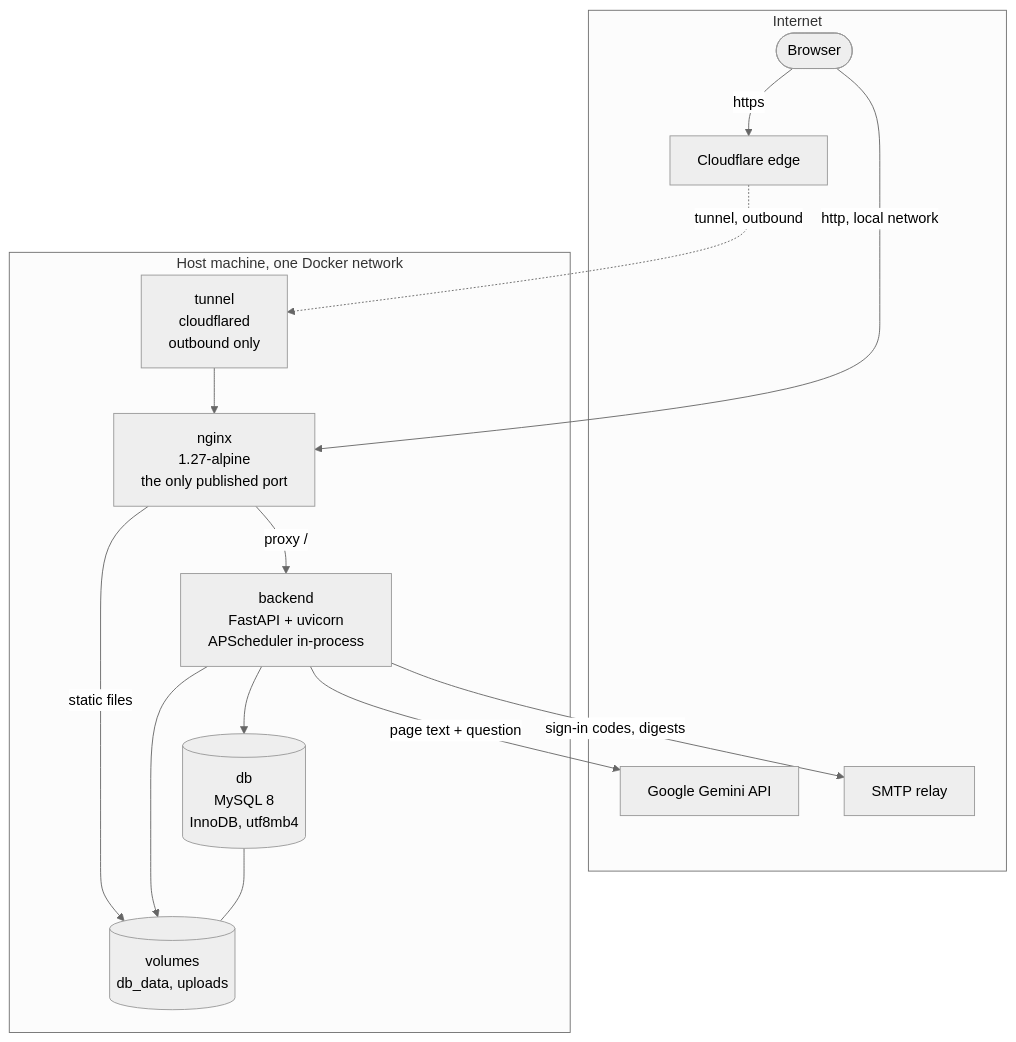
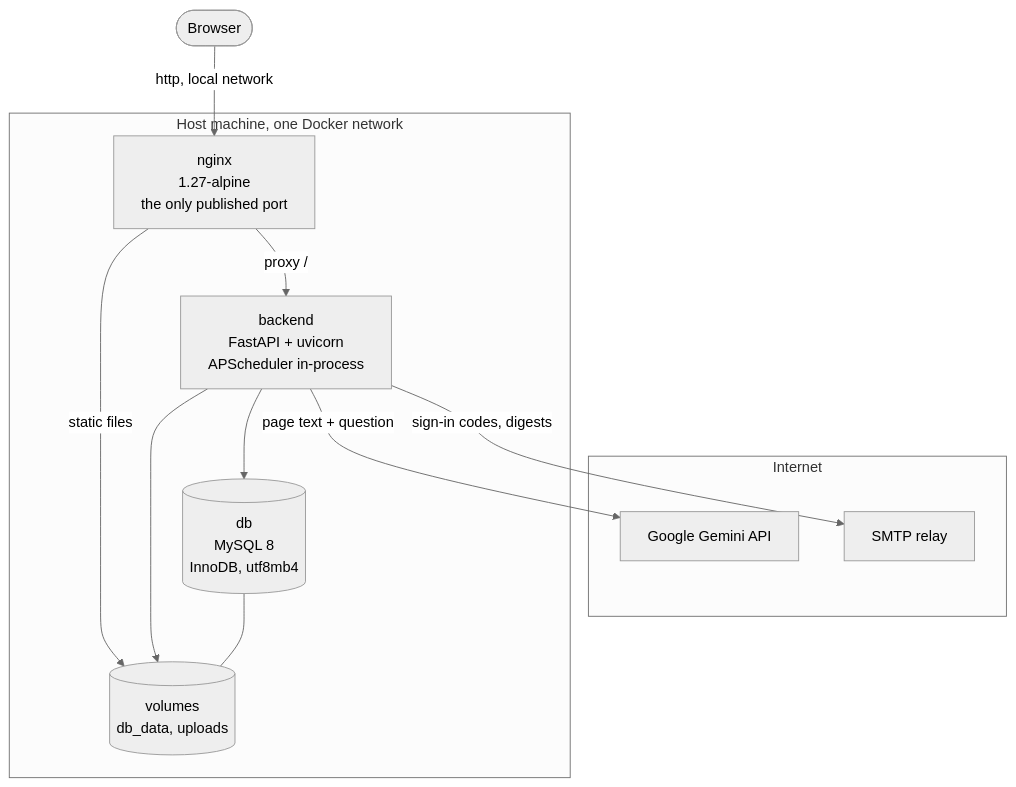
The second of 9 diagrams in docs/system-analysis-and-design.md (xTurki/awarness_project), drawn with Mermaid (neutral theme) before and after one commit. The commit also changed other lines of this file and 6 other files, not shown here.

First line of the commit message:
Remove the Cloudflare tunnel

````diff
--- a/docs/system-analysis-and-design.md
+++ b/docs/system-analysis-and-design.md
@@ -252,29 +252,25 @@
 ```mermaid
 flowchart TB
+    USER(["Browser"])
+
     subgraph Internet
-        USER(["Browser"])
-        CF["Cloudflare edge"]
         GEM[Google Gemini API]
         SMTP["SMTP relay"]
     end
 
     subgraph HOST["Host machine, one Docker network"]
-        TUN["tunnel<br/>cloudflared<br/>outbound only"]
         NG["nginx<br/>1.27-alpine<br/>the only published port"]
         BE["backend<br/>FastAPI + uvicorn<br/>APScheduler in-process"]
         DB[("db<br/>MySQL 8<br/>InnoDB, utf8mb4")]
         VOL[("volumes<br/>db_data, uploads")]
     end
 
-    USER -->|https| CF
-    CF -.->|"tunnel, outbound"| TUN
     USER -->|"http, local network"| NG
-    TUN --> NG
     NG -->|"static files"| VOL
     NG -->|"proxy /"| BE
     BE --> DB
     BE --> VOL
     BE -->|"page text + question"| GEM
     BE -->|"sign-in codes, digests"| SMTP
     DB --- VOL
 ```
````
